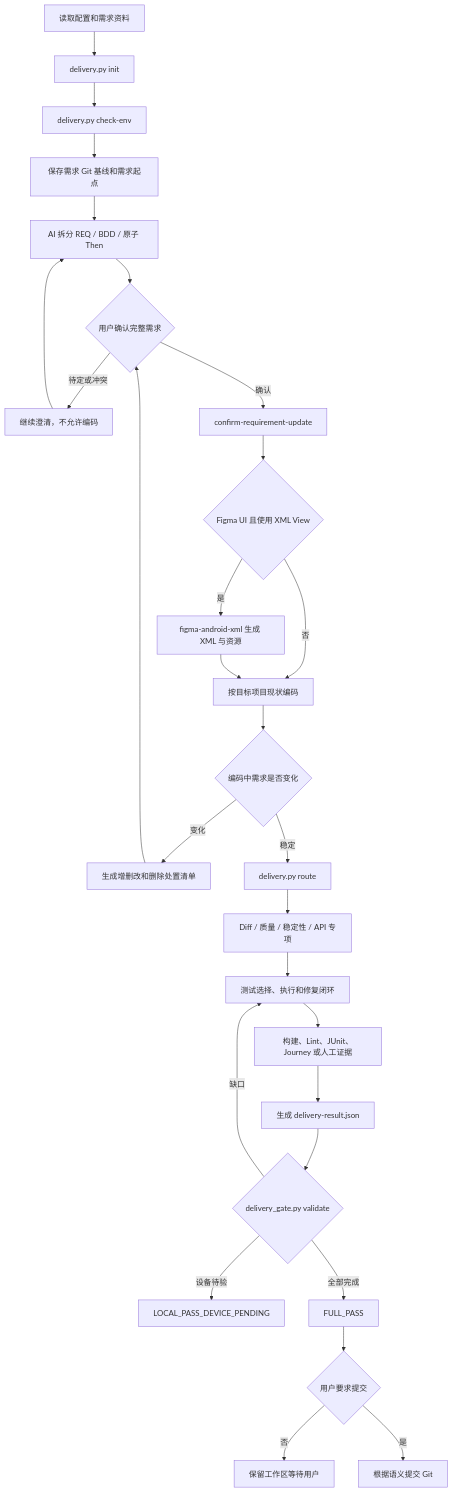
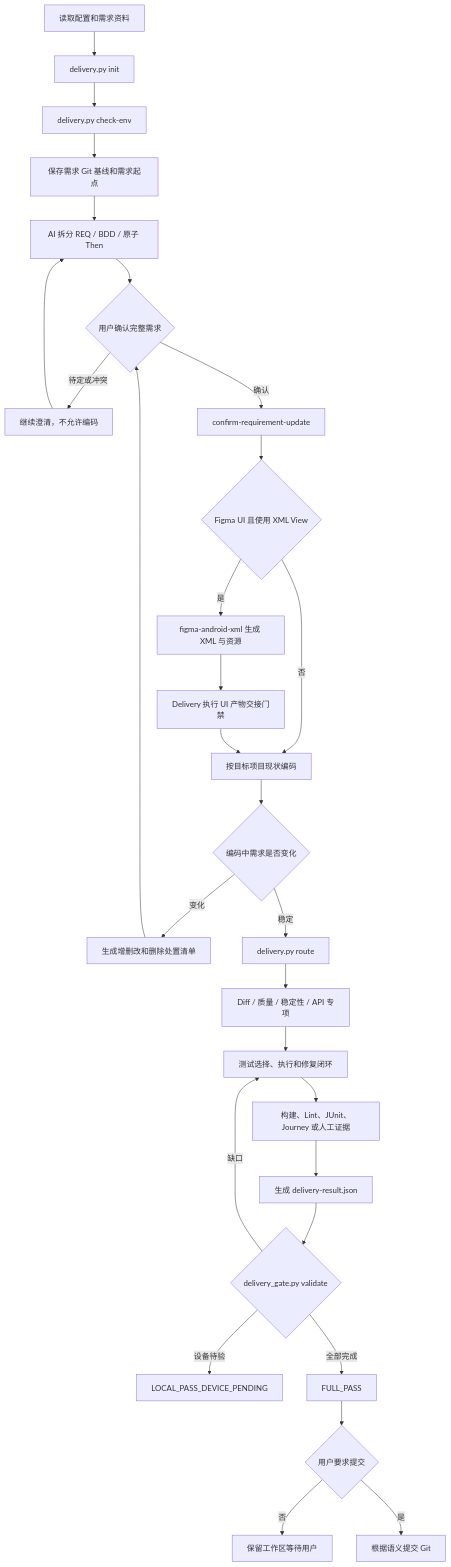
One commit to yejuntian/android-delivery-skills changed the diagram in AI_DELIVERY_WORKFLOW_GUIDELINES.md. Above: the diagram before and after it, drawn with Mermaid. The commit also changed other lines of this file and 12 other files, not shown here.

````diff
--- a/AI_DELIVERY_WORKFLOW_GUIDELINES.md
+++ b/AI_DELIVERY_WORKFLOW_GUIDELINES.md
@@ -106,30 +106,31 @@
 ```mermaid
 flowchart TD
     A["读取配置和需求资料"] --> B["delivery.py init"]
     B --> C["delivery.py check-env"]
     C --> D["保存需求 Git 基线和需求起点"]
     D --> E["AI 拆分 REQ / BDD / 原子 Then"]
     E --> F{"用户确认完整需求"}
     F -- "待定或冲突" --> G["继续澄清，不允许编码"]
     G --> E
     F -- "确认" --> H["confirm-requirement-update"]
     H --> X{"Figma UI 且使用 XML View"}
     X -- "是" --> Y["figma-android-xml 生成 XML 与资源"]
+    Y --> Z["Delivery 执行 UI 产物交接门禁"]
     X -- "否" --> I["按目标项目现状编码"]
-    Y --> I
+    Z --> I
     I --> J{"编码中需求是否变化"}
     J -- "变化" --> K["生成增删改和删除处置清单"]
     K --> F
     J -- "稳定" --> L["delivery.py route"]
     L --> M["Diff / 质量 / 稳定性 / API 专项"]
     M --> N["测试选择、执行和修复闭环"]
     N --> O["构建、Lint、JUnit、Journey 或人工证据"]
     O --> P["生成 delivery-result.json"]
     P --> Q{"delivery_gate.py validate"}
     Q -- "缺口" --> N
     Q -- "设备待验" --> R["LOCAL_PASS_DEVICE_PENDING"]
     Q -- "全部完成" --> S["FULL_PASS"]
     S --> T{"用户要求提交"}
     T -- "否" --> U["保留工作区等待用户"]
     T -- "是" --> V["根据语义提交 Git"]
 ```
````
